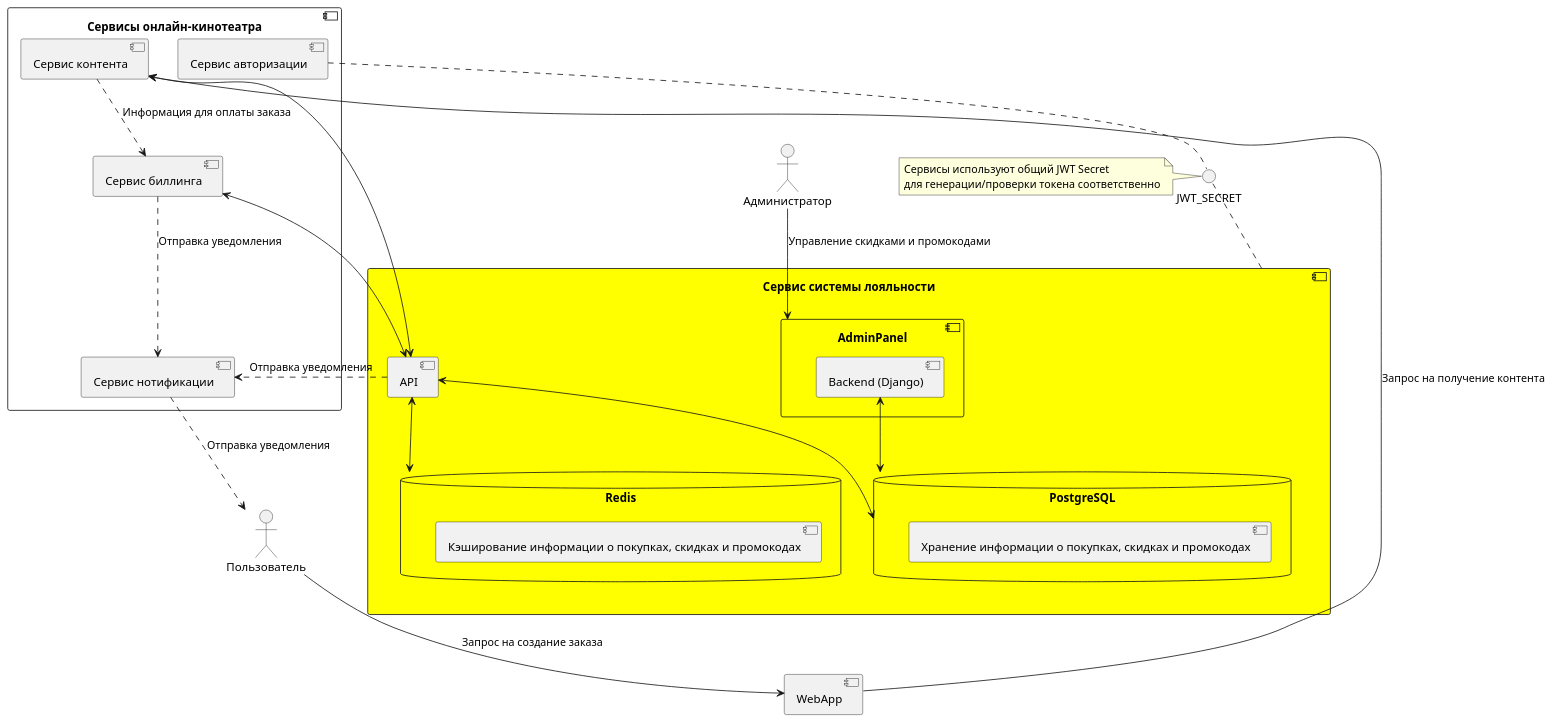
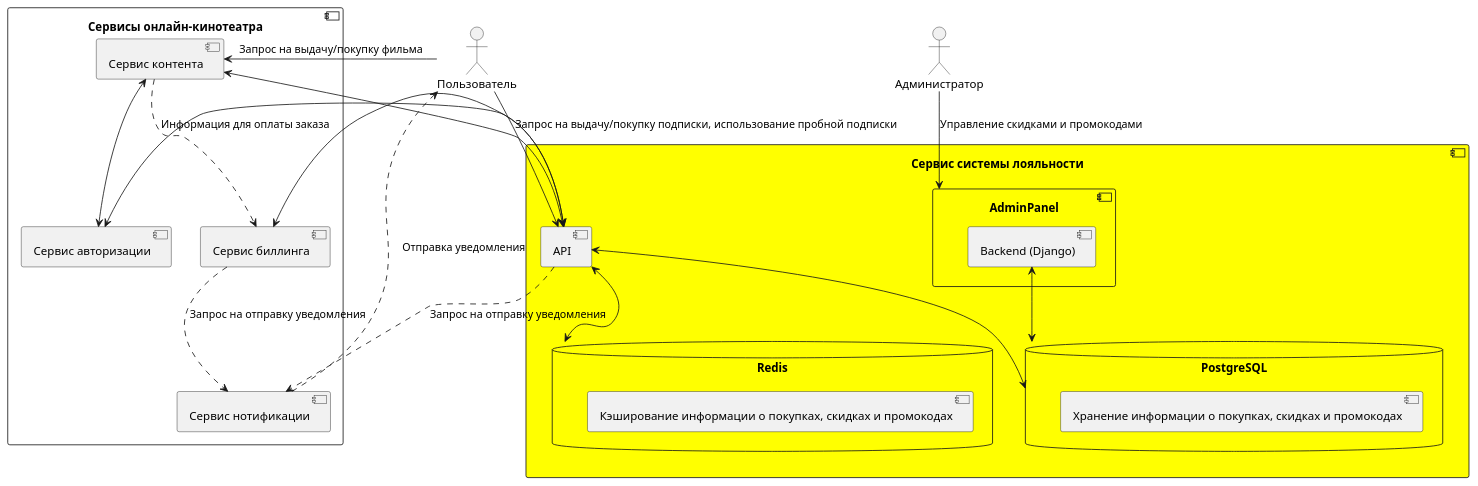
Before and after one commit to iManapov/film_service_loyalty: the diagram in architecture/architecture.puml, drawn with PlantUML. The commit also changed 3 other files, not shown here.

Commit message:
Add sequence diagrams and correct architecture

```diff
--- a/architecture/architecture.puml
+++ b/architecture/architecture.puml
@@ -1,56 +1,46 @@
 @startuml
 skinparam componentStyle uml2
 actor Пользователь as User
 actor Администратор as Admin
 
 
 component "Сервис системы лояльности" as LoyaltyService #Yellow {
     component "AdminPanel" {
         [Backend (Django)] as Django
     }
 
     component "API" as API
 
     database "Redis" as Redis {
         [Кэширование информации о покупках, скидках и промокодах] as PromocodeStorage
     }
     database "PostgreSQL" as PostgreSQL {
         [Хранение информации о покупках, скидках и промокодах] as Orders
     }
 }
 
-component "WebApp" as WebApp
-
-
 component "Сервисы онлайн-кинотеатра" as OtherServices {
     component "Сервис контента" as ContentService
     component "Сервис авторизации" as AuthService
     component "Сервис нотификации" as NotificationService
     component "Сервис биллинга" as BillingService
 }
 
-interface JWT_SECRET
-note left of JWT_SECRET
-    Сервисы используют общий JWT Secret
-    для генерации/проверки токена соответственно
-end note
 
-
-Admin -down-> AdminPanel: Управление скидками и промокодами
-User --> WebApp: Запрос на создание заказа
-WebApp --> ContentService: Запрос на получение контента
 ContentService <--> API
 API <--> PostgreSQL
 API <--> Redis
 Django <--> PostgreSQL
-API ..> NotificationService: Отправка уведомления
+API <--> AuthService
+ContentService <--> AuthService
+
+API ..> NotificationService: Запрос на отправку уведомления
 NotificationService ..> User: Отправка уведомления
 ContentService ..> BillingService: Информация для оплаты заказа
-BillingService ..> NotificationService: Отправка уведомления
+BillingService ..> NotificationService: Запрос на отправку уведомления
 BillingService <-down-> API
 
-LoyaltyService .up. JWT_SECRET
-AuthService .down. JWT_SECRET
-
-
+Admin -down-> AdminPanel: Управление скидками и промокодами
+User --> ContentService: Запрос на выдачу/покупку фильма
+User --> API: Запрос на выдачу/покупку подписки, использование пробной подписки
 @enduml
```
